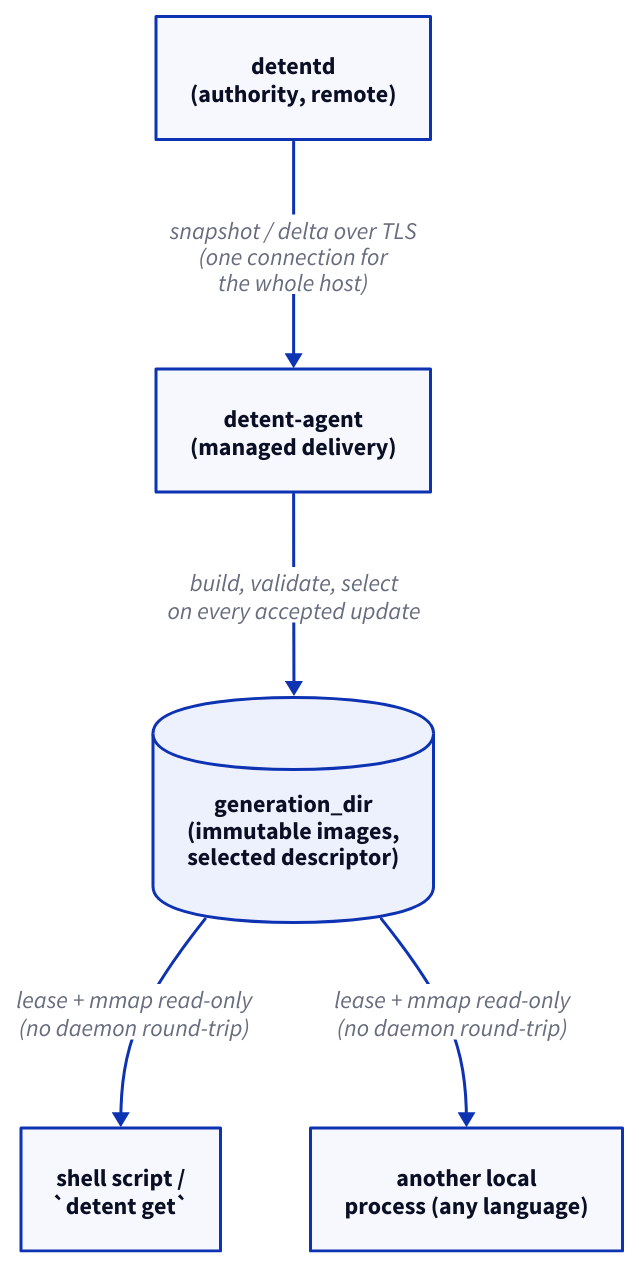
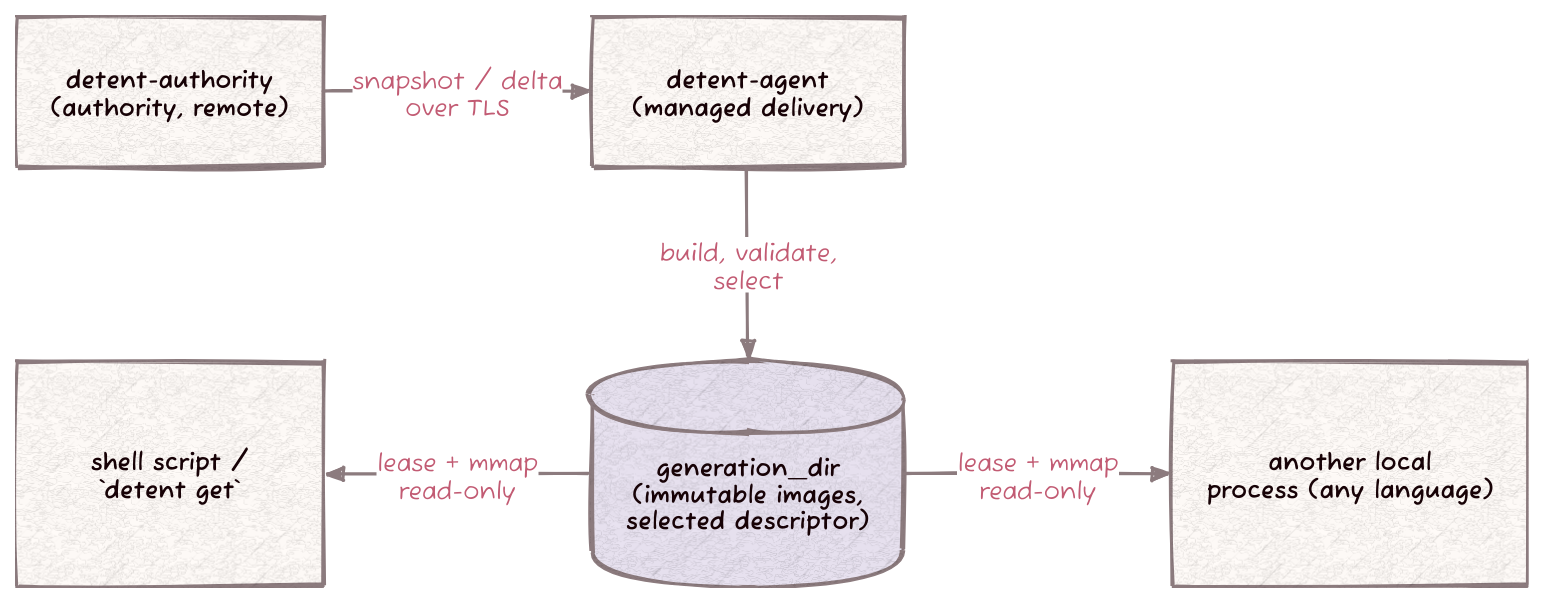
The diagram in diagrams/07_agent.d2 (Kronuz/Detent), drawn with D2 before and after one commit. The commit also changed 87 other files, not shown here.

First line of the commit message:
Rename detentd to detent-authority (D123)

```diff
--- a/diagrams/07_agent.d2
+++ b/diagrams/07_agent.d2
@@ -1,29 +1,37 @@
 # The host-local managed agent: one TLS delivery per host, published as
 # immutable generations on disk. Every local reader maps the selected
 # generation read-only instead of round-tripping to a daemon.
-direction: down
+vars: { d2-config: { layout-engine: elk; theme-id: 302; sketch: true; pad: 24; theme-overrides: { B1: "#8C7B7E"; B2: "#C25B73"; N2: "#C25B73" } } }
+style.fill: transparent
+grid-rows: 2
+grid-columns: 3
+horizontal-gap: 180
+vertical-gap: 130
 
-authority: detentd\n(authority, remote) {
+authority: detent-authority\n(authority, remote) {
   shape: rectangle
 }
 
 agent: detent-agent\n(managed delivery) {
   shape: rectangle
 }
 
-store: generation_dir\n(immutable images,\nselected descriptor) {
-  shape: cylinder
-}
+spacer: "" {style.opacity: 0}
 
 reader_a: shell script /\n`detent get` {
   shape: rectangle
+}
+
+store: generation_dir\n(immutable images,\nselected descriptor) {
+  shape: cylinder
+  style.fill: "#E8E2F0"
 }
 
 reader_b: another local\nprocess (any language) {
   shape: rectangle
 }
 
-authority -> agent: "snapshot / delta over TLS\n(one connection for\nthe whole host)"
-agent -> store: "build, validate, select\non every accepted update"
-store -> reader_a: "lease + mmap read-only\n(no daemon round-trip)"
-store -> reader_b: "lease + mmap read-only\n(no daemon round-trip)"
+authority -> agent: "snapshot / delta\nover TLS"
+agent -> store: "build, validate,\nselect"
+store -> reader_a: "lease + mmap\nread-only"
+store -> reader_b: "lease + mmap\nread-only"
```
